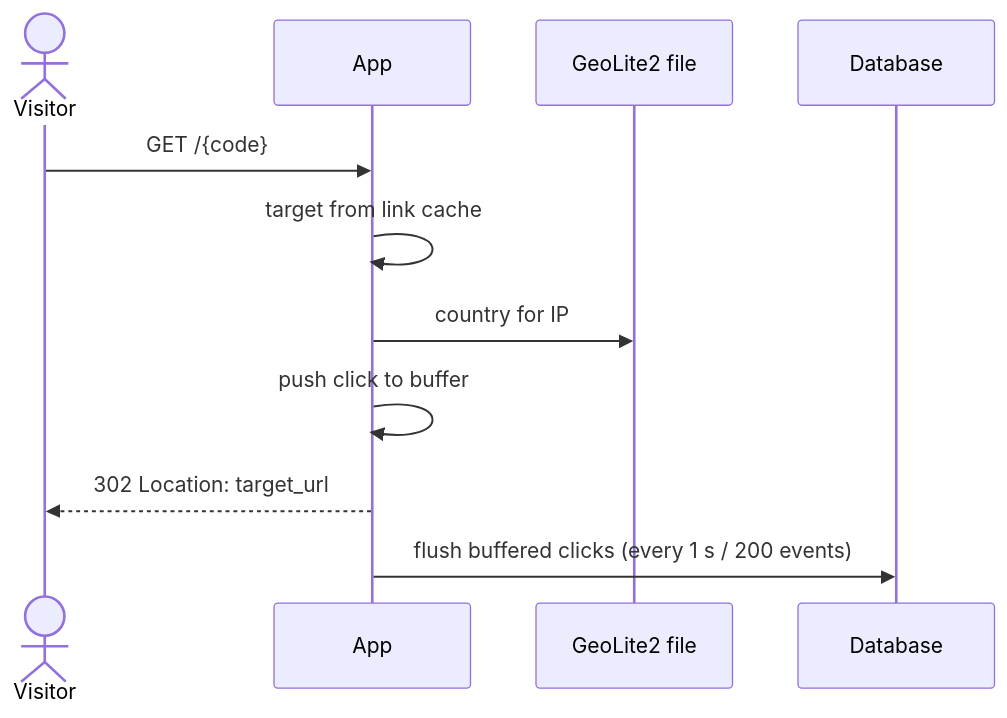
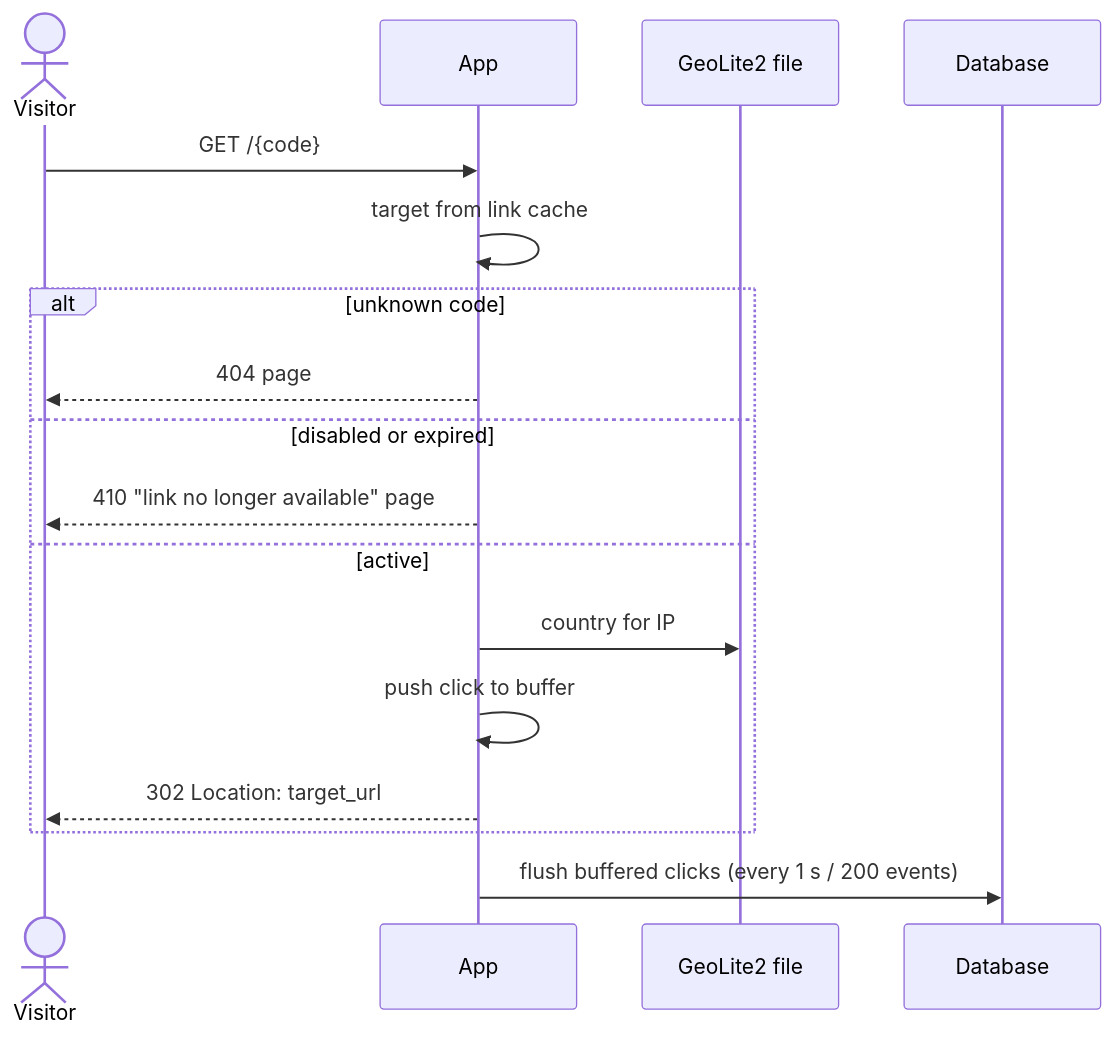
Before and after one commit to fwiesek/tech-design-skills: the fifth of 6 diagrams in examples/link-shortener/docs/design/link-shortener/design.md, drawn with Mermaid. The commit also changed other lines of this file and 1 other file, not shown here.

Commit message:
Example: link-shortener refine 4 (links)

````diff
--- a/examples/link-shortener/docs/design/link-shortener/design.md
+++ b/examples/link-shortener/docs/design/link-shortener/design.md
@@ -178,13 +180,19 @@
 ```mermaid
 sequenceDiagram
   actor Visitor
   participant App
   participant Geo as GeoLite2 file
   participant DB as Database
   Visitor->>App: GET /{code}
   App->>App: target from link cache
-  App->>Geo: country for IP
-  App->>App: push click to buffer
-  App-->>Visitor: 302 Location: target_url
+  alt unknown code
+    App-->>Visitor: 404 page
+  else disabled or expired
+    App-->>Visitor: 410 "link no longer available" page
+  else active
+    App->>Geo: country for IP
+    App->>App: push click to buffer
+    App-->>Visitor: 302 Location: target_url
+  end
   App->>DB: flush buffered clicks (every 1 s / 200 events)
 ```
````
